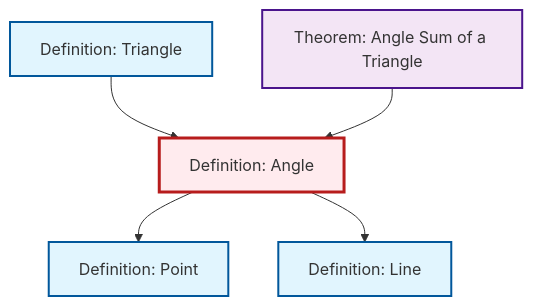
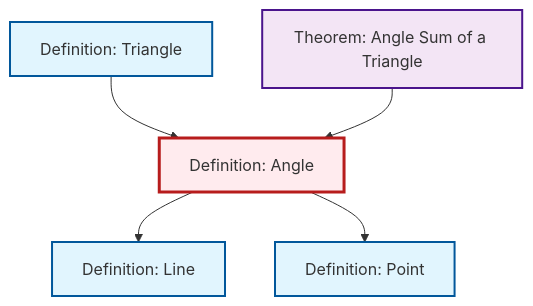
One commit to RK0429/ModernMath changed the diagram in content/ja/geometry/def-angle.qmd. Above: the diagram before and after it, drawn with Mermaid. The commit also changed other lines of this file and 597 other files, not shown here.

````diff
--- a/content/ja/geometry/def-angle.qmd
+++ b/content/ja/geometry/def-angle.qmd
@@ -50,23 +50,23 @@
 ```{mermaid}
 %%| fig-cap: "Local dependency graph"
 graph TD
     classDef definition fill:#e1f5fe,stroke:#01579b,stroke-width:2px
     classDef theorem fill:#f3e5f5,stroke:#4a148c,stroke-width:2px
     classDef axiom fill:#fff3e0,stroke:#e65100,stroke-width:2px
     classDef example fill:#e8f5e9,stroke:#1b5e20,stroke-width:2px
     classDef current fill:#ffebee,stroke:#b71c1c,stroke-width:3px
-    def-point["Definition: Point"]:::definition
+    thm-angle-sum-triangle["Theorem: Angle Sum of a Triangle"]:::theorem
     def-triangle["Definition: Triangle"]:::definition
     def-line["Definition: Line"]:::definition
-    thm-angle-sum-triangle["Theorem: Angle Sum of a Triangle"]:::theorem
     def-angle["Definition: Angle"]:::definition
-    def-angle --> def-point
-    def-angle --> def-line
+    def-point["Definition: Point"]:::definition
     def-triangle --> def-angle
     thm-angle-sum-triangle --> def-angle
+    def-angle --> def-line
+    def-angle --> def-point
     class def-angle current
-    click def-point "def-point.html" "Definition: Pointへ"
+    click thm-angle-sum-triangle "thm-angle-sum-triangle.html" "Theorem: Angle Sum of a Triangleへ"
     click def-triangle "def-triangle.html" "Definition: Triangleへ"
     click def-line "def-line.html" "Definition: Lineへ"
-    click thm-angle-sum-triangle "thm-angle-sum-triangle.html" "Theorem: Angle Sum of a Triangleへ"
+    click def-point "def-point.html" "Definition: Pointへ"
 ```
````
